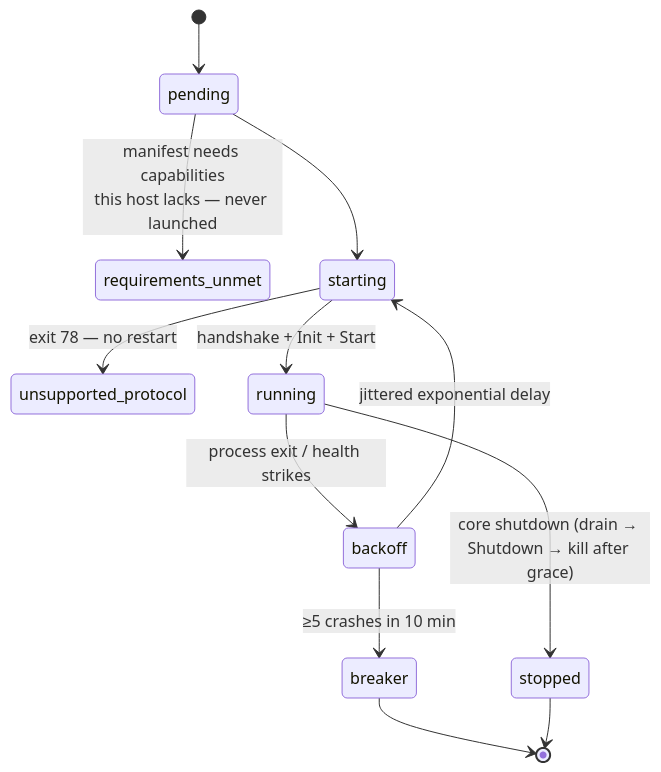
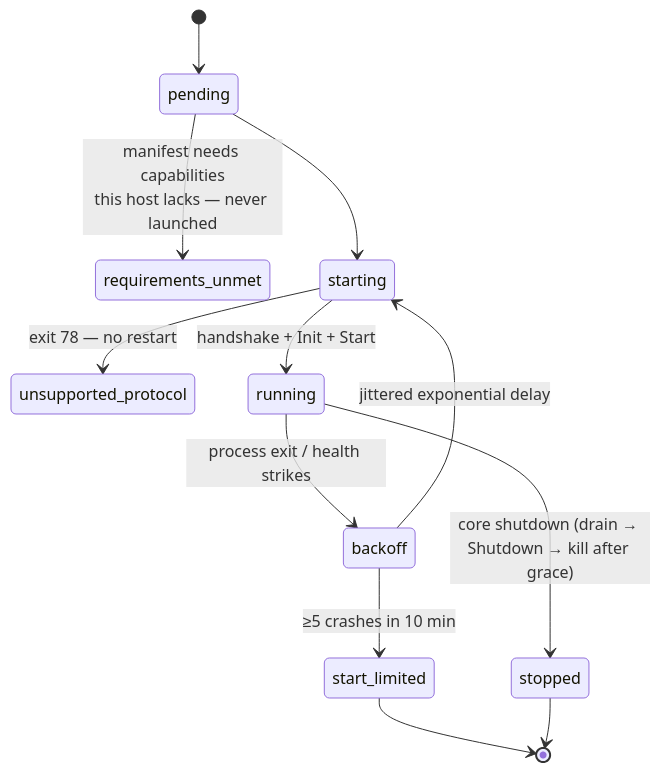
One commit to deploymenttheory/weaveplatform-agent-core changed the fourth of 6 diagrams in docs/architecture.md. Above: the diagram before and after it, drawn with Mermaid. The commit also changed other lines of this file and 2 other files, not shown here.

````diff
--- a/docs/architecture.md
+++ b/docs/architecture.md
@@ -100,14 +100,14 @@
 ```mermaid
 stateDiagram-v2
     [*] --> pending
     pending --> requirements_unmet: manifest needs capabilities<br/>this host lacks — never launched
     pending --> starting
     starting --> unsupported_protocol: exit 78 — no restart
     starting --> running: handshake + Init + Start
     running --> backoff: process exit / health strikes
     backoff --> starting: jittered exponential delay
-    backoff --> breaker: ≥5 crashes in 10 min
+    backoff --> start_limited: ≥5 crashes in 10 min
     running --> stopped: core shutdown (drain → Shutdown → kill after grace)
-    breaker --> [*]
+    start_limited --> [*]
     stopped --> [*]
 ```
````
